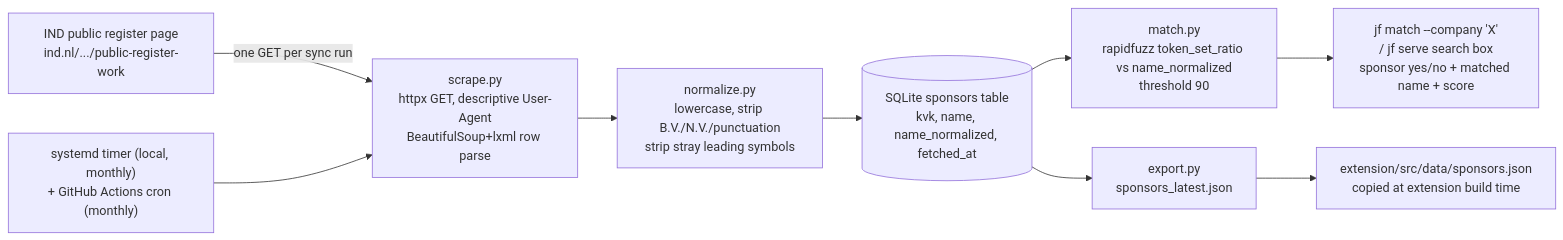
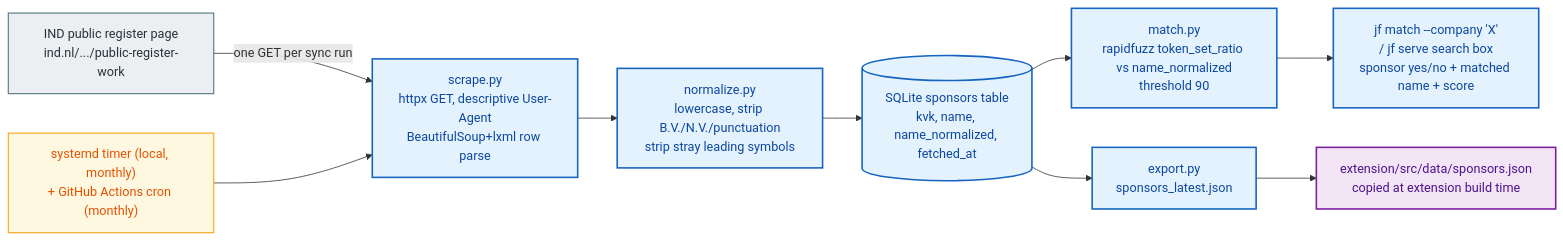
One commit to adam-bouafia/JobFinder changed the second of 2 diagrams in README.md. Above: the diagram before and after it, drawn with Mermaid. The commit also changed other lines of this file and 1 other file, not shown here.

First line of the commit message:
docs: add color styling to both Mermaid diagrams

````diff
--- a/README.md
+++ b/README.md
@@ -86,17 +104,27 @@
 ```mermaid
 flowchart LR
     SRC["IND public register page\nind.nl/.../public-register-work"]
     SCRAPE["scrape.py\nhttpx GET, descriptive User-Agent\nBeautifulSoup+lxml row parse"]
     NORM["normalize.py\nlowercase, strip B.V./N.V./punctuation\nstrip stray leading symbols"]
     DB[("SQLite sponsors table\nkvk, name, name_normalized, fetched_at")]
     MATCH["match.py\nrapidfuzz token_set_ratio vs name_normalized\nthreshold 90"]
     CLIOUT["jf match --company 'X'\n/ jf serve search box\nsponsor yes/no + matched name + score"]
     SNAP["export.py\nsponsors_latest.json"]
     EXTBUNDLE["extension/src/data/sponsors.json\ncopied at extension build time"]
     SCHED["systemd timer (local, monthly)\n+ GitHub Actions cron (monthly)"]
 
     SRC -->|"one GET per sync run"| SCRAPE --> NORM --> DB
     DB --> MATCH --> CLIOUT
     DB --> SNAP --> EXTBUNDLE
     SCHED --> SCRAPE
+
+    classDef source fill:#eceff1,stroke:#607d8b,stroke-width:1.5px,color:#263238
+    classDef core fill:#e3f2fd,stroke:#1565c0,stroke-width:2px,color:#0d47a1
+    classDef extension fill:#f3e5f5,stroke:#7b1fa2,stroke-width:2px,color:#4a148c
+    classDef infra fill:#fff8e1,stroke:#f9a825,stroke-width:1.5px,color:#e65100
+
+    class SRC source
+    class SCRAPE,NORM,DB,MATCH,CLIOUT,SNAP core
+    class EXTBUNDLE extension
+    class SCHED infra
 ```
````
